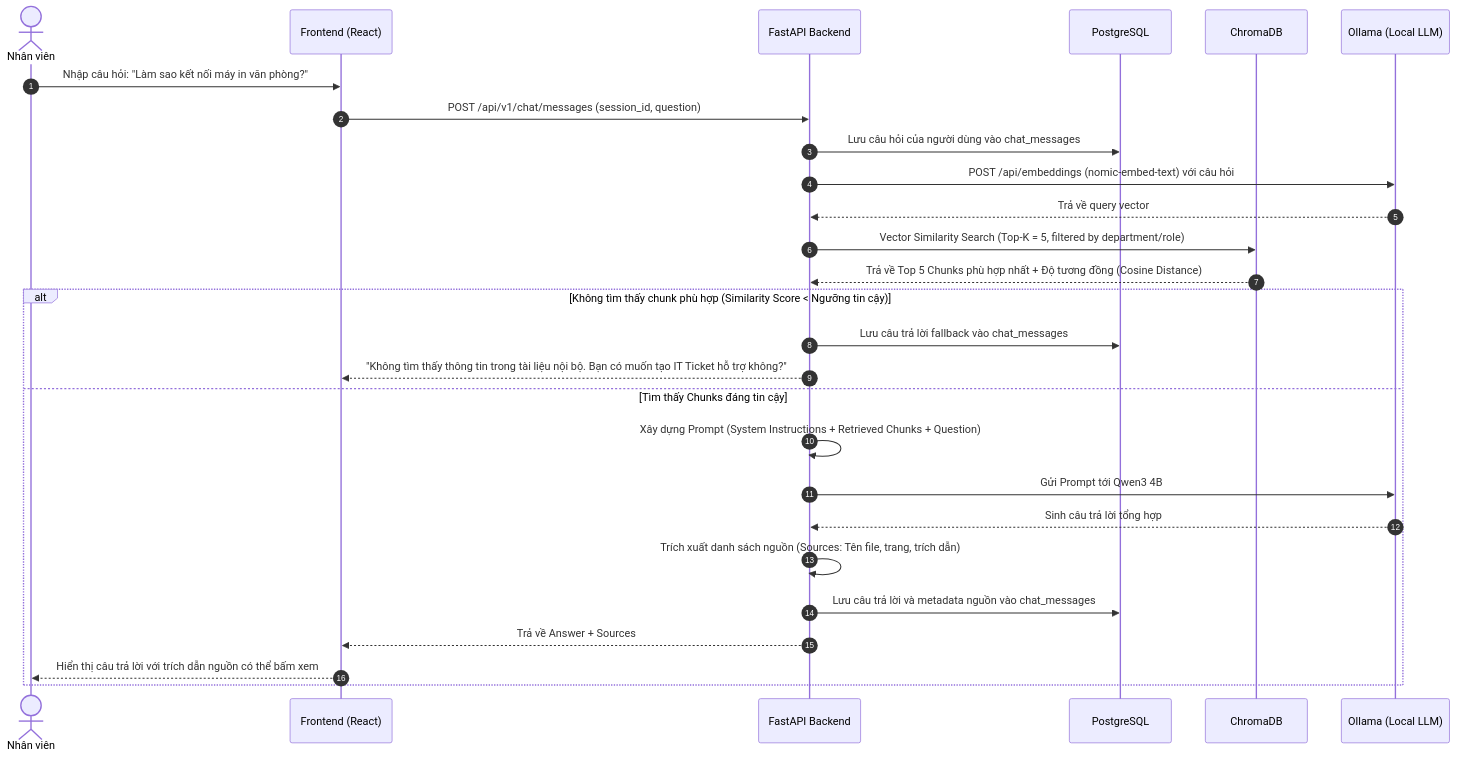
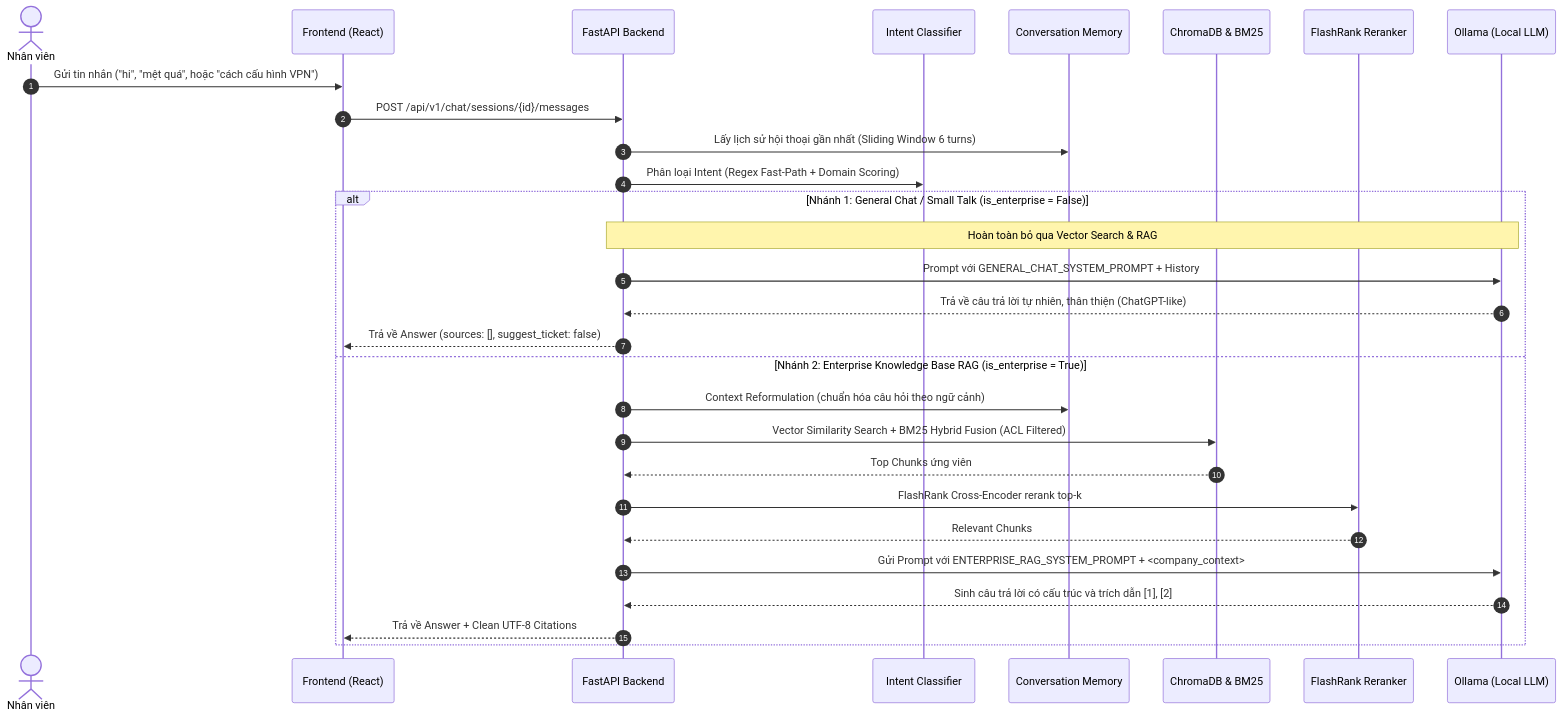
Before and after one commit to TFatIt/enterprise-local-ai: the second of 2 diagrams in ARCHITECTURE.md, drawn with Mermaid. The commit also changed other lines of this file and 50 other files, not shown here.

````diff
--- a/ARCHITECTURE.md
+++ b/ARCHITECTURE.md
@@ -129,33 +131,33 @@
 ```mermaid
 sequenceDiagram
     autonumber
     actor Employee as Nhân viên
     participant FE as Frontend (React)
     participant API as FastAPI Backend
-    participant Postgres as PostgreSQL
-    participant Chroma as ChromaDB
+    participant Intent as Intent Classifier
+    participant Memory as Conversation Memory
+    participant Chroma as ChromaDB & BM25
+    participant Rerank as FlashRank Reranker
     participant Ollama as Ollama (Local LLM)
 
-    Employee->>FE: Nhập câu hỏi: "Làm sao kết nối máy in văn phòng?"
-    FE->>API: POST /api/v1/chat/messages (session_id, question)
-    API->>Postgres: Lưu câu hỏi của người dùng vào chat_messages
-    
-    API->>Ollama: POST /api/embeddings (nomic-embed-text) với câu hỏi
-    Ollama-->>API: Trả về query vector
-    
-    API->>Chroma: Vector Similarity Search (Top-K = 5, filtered by department/role)
-    Chroma-->>API: Trả về Top 5 Chunks phù hợp nhất + Độ tương đồng (Cosine Distance)
-    
-    alt Không tìm thấy chunk phù hợp (Similarity Score < Ngưỡng tin cậy)
-        API->>Postgres: Lưu câu trả lời fallback vào chat_messages
-        API-->>FE: "Không tìm thấy thông tin trong tài liệu nội bộ. Bạn có muốn tạo IT Ticket hỗ trợ không?"
-    else Tìm thấy Chunks đáng tin cậy
-        API->>API: Xây dựng Prompt (System Instructions + Retrieved Chunks + Question)
-        API->>Ollama: Gửi Prompt tới Qwen3 4B
-        Ollama-->>API: Sinh câu trả lời tổng hợp
-        API->>API: Trích xuất danh sách nguồn (Sources: Tên file, trang, trích dẫn)
-        API->>Postgres: Lưu câu trả lời và metadata nguồn vào chat_messages
-        API-->>FE: Trả về Answer + Sources
-        FE-->>Employee: Hiển thị câu trả lời với trích dẫn nguồn có thể bấm xem
+    Employee->>FE: Gửi tin nhắn ("hi", "mệt quá", hoặc "cách cấu hình VPN")
+    FE->>API: POST /api/v1/chat/sessions/{id}/messages
+    API->>Memory: Lấy lịch sử hội thoại gần nhất (Sliding Window 6 turns)
+    API->>Intent: Phân loại Intent (Regex Fast-Path + Domain Scoring)
+
+    alt Nhánh 1: General Chat / Small Talk (is_enterprise = False)
+        Note over API,Ollama: Hoàn toàn bỏ qua Vector Search & RAG
+        API->>Ollama: Prompt với GENERAL_CHAT_SYSTEM_PROMPT + History
+        Ollama-->>API: Trả về câu trả lời tự nhiên, thân thiện (ChatGPT-like)
+        API-->>FE: Trả về Answer (sources: [], suggest_ticket: false)
+    else Nhánh 2: Enterprise Knowledge Base RAG (is_enterprise = True)
+        API->>Memory: Context Reformulation (chuẩn hóa câu hỏi theo ngữ cảnh)
+        API->>Chroma: Vector Similarity Search + BM25 Hybrid Fusion (ACL Filtered)
+        Chroma-->>API: Top Chunks ứng viên
+        API->>Rerank: FlashRank Cross-Encoder rerank top-k
+        Rerank-->>API: Relevant Chunks
+        API->>Ollama: Gửi Prompt với ENTERPRISE_RAG_SYSTEM_PROMPT + <company_context>
+        Ollama-->>API: Sinh câu trả lời có cấu trúc và trích dẫn [1], [2]
+        API-->>FE: Trả về Answer + Clean UTF-8 Citations
     end
 ```
````
